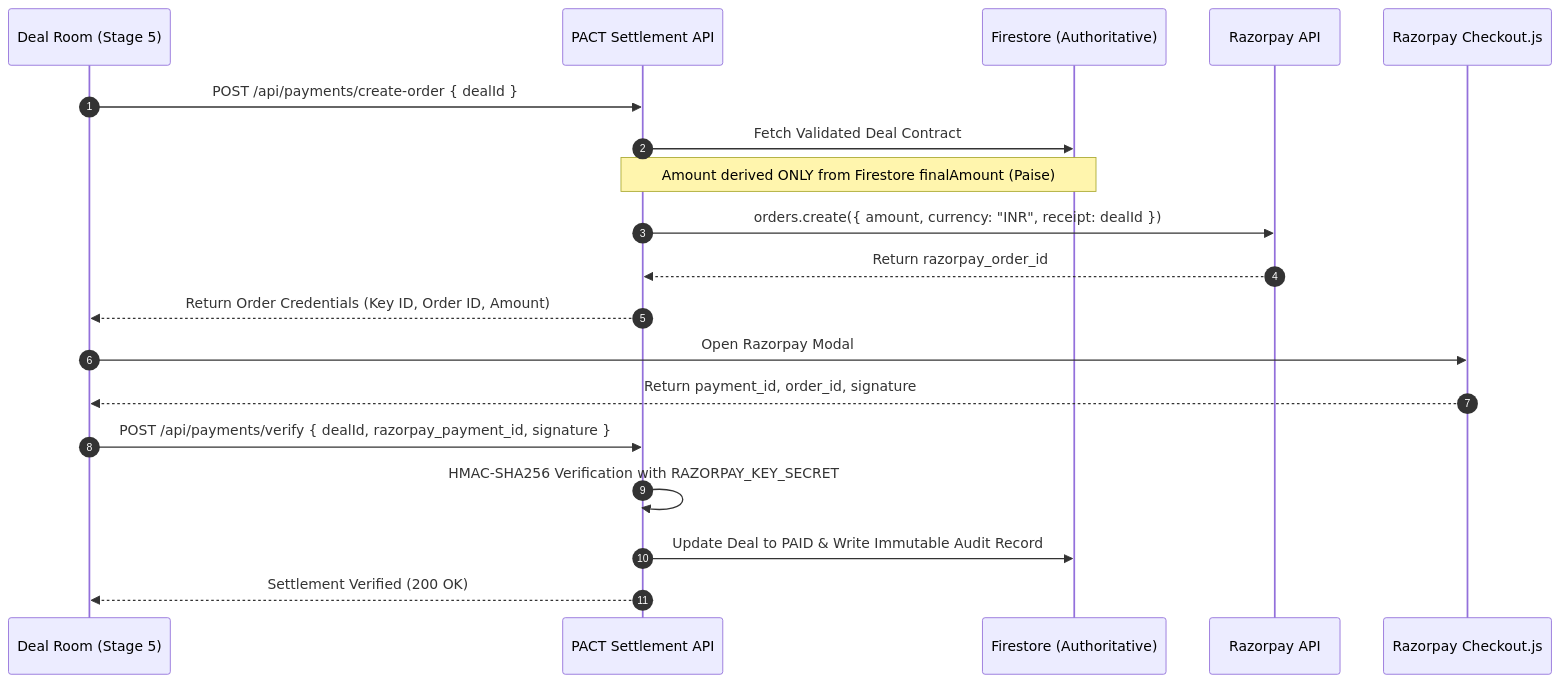
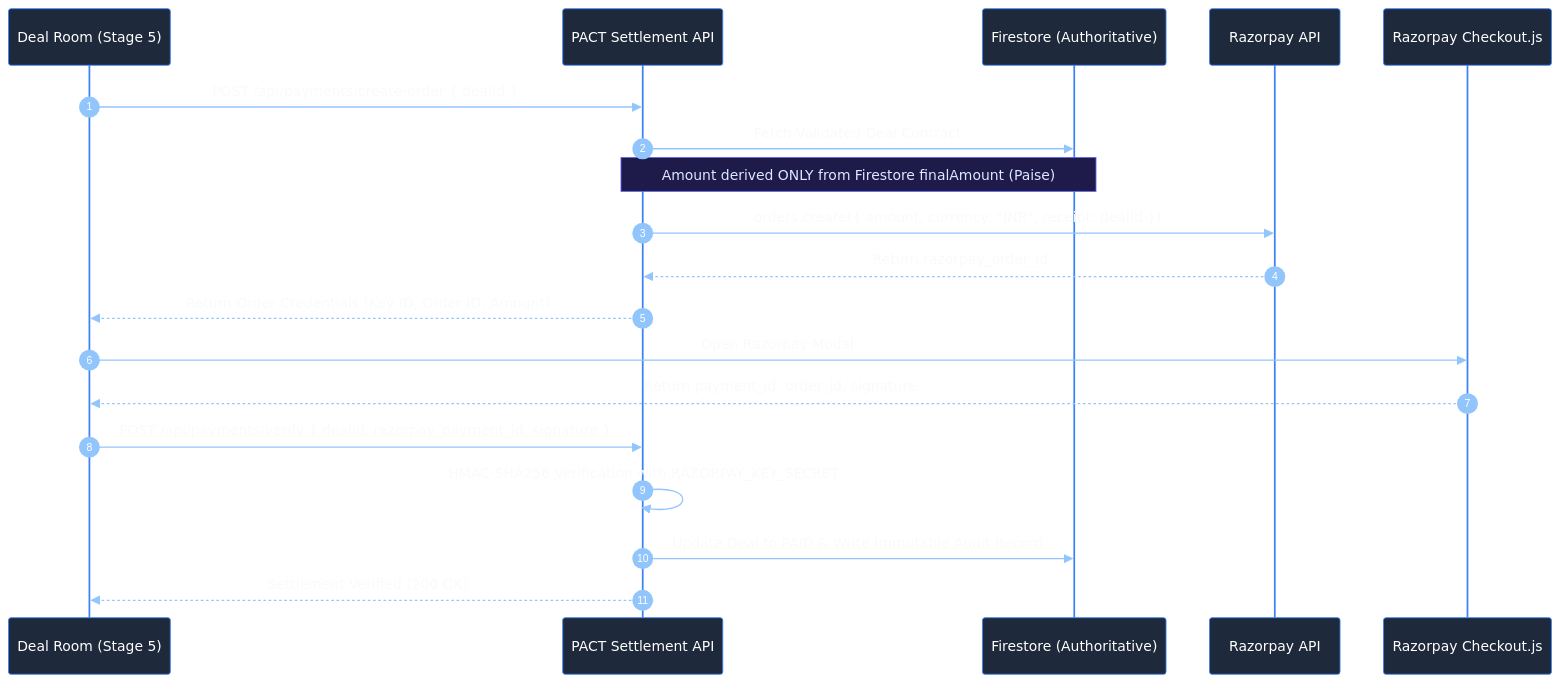
One commit to sushanth-arun/PACT-razorpay-buildathon changed the second of 2 diagrams in README.md. Above: the diagram before and after it, drawn with Mermaid. The commit also changed other lines of this file, not shown here.

Commit message:
docs: improve Mermaid diagram theme and text contrast for GitHub dark/light modes

````diff
--- a/README.md
+++ b/README.md
@@ -71,22 +95,23 @@
 ```mermaid
+%%{init: {'theme': 'base', 'themeVariables': { 'actorBkg': '#1e293b', 'actorBorder': '#3b82f6', 'actorTextColor': '#ffffff', 'signalColor': '#93c5fd', 'signalTextColor': '#f8fafc', 'noteBkgColor': '#1e1b4b', 'noteTextColor': '#e0e7ff', 'noteBorderColor': '#6366f1', 'activationBorderColor': '#3b82f6', 'activationBkgColor': '#1e293b', 'sequenceNumberColor': '#ffffff' }}}%%
 sequenceDiagram
     autonumber
     participant UI as Deal Room (Stage 5)
     participant Server as PACT Settlement API
     participant DB as Firestore (Authoritative)
     participant RZP as Razorpay API
     participant SDK as Razorpay Checkout.js
 
     UI->>Server: POST /api/payments/create-order { dealId }
     Server->>DB: Fetch Validated Deal Contract
     Note over Server,DB: Amount derived ONLY from Firestore finalAmount (Paise)
     Server->>RZP: orders.create({ amount, currency: "INR", receipt: dealId })
     RZP-->>Server: Return razorpay_order_id
     Server-->>UI: Return Order Credentials (Key ID, Order ID, Amount)
     UI->>SDK: Open Razorpay Modal
     SDK-->>UI: Return payment_id, order_id, signature
     UI->>Server: POST /api/payments/verify { dealId, razorpay_payment_id, signature }
     Server->>Server: HMAC-SHA256 Verification with RAZORPAY_KEY_SECRET
     Server->>DB: Update Deal to PAID & Write Immutable Audit Record
     Server-->>UI: Settlement Verified (200 OK)
 ```
````
